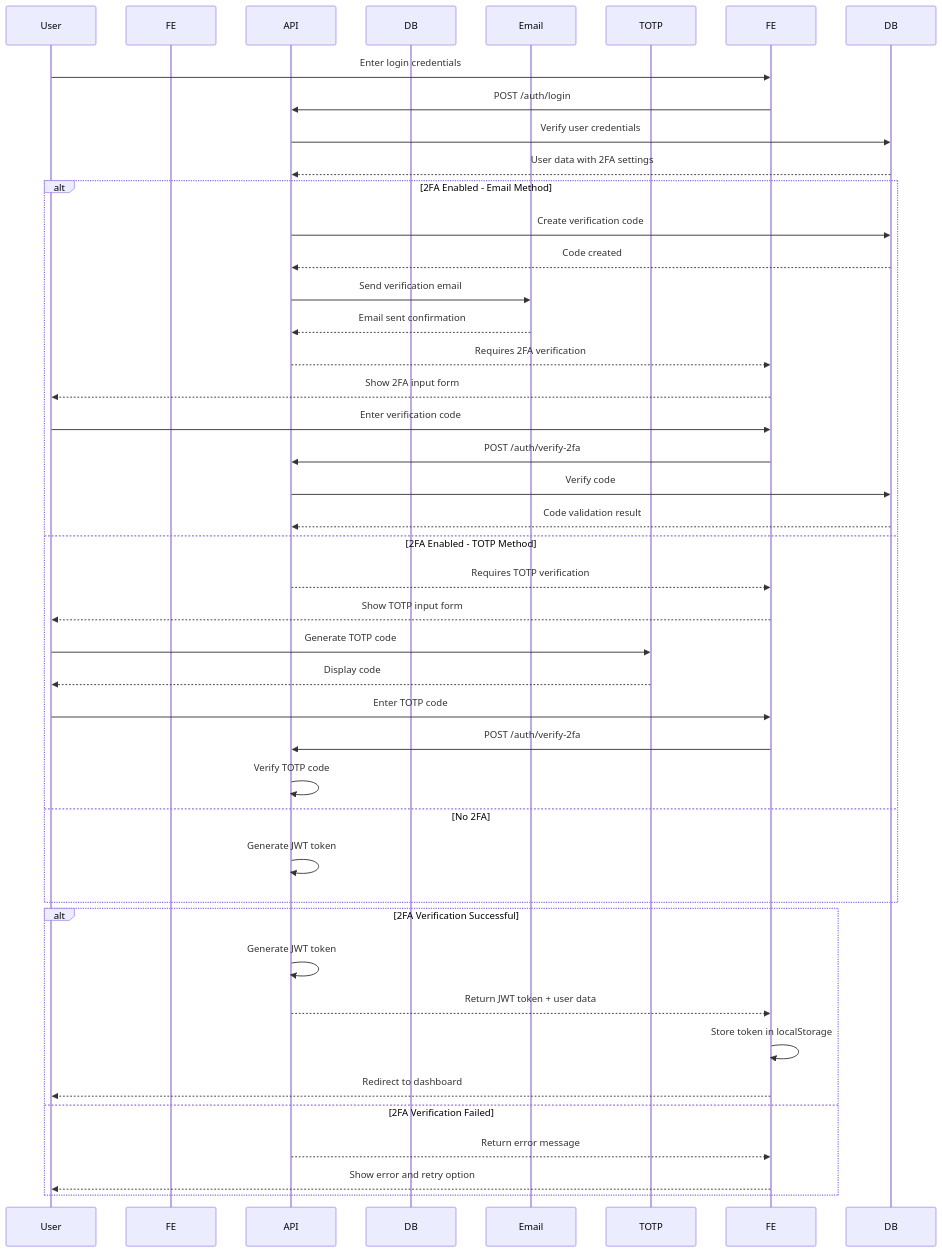
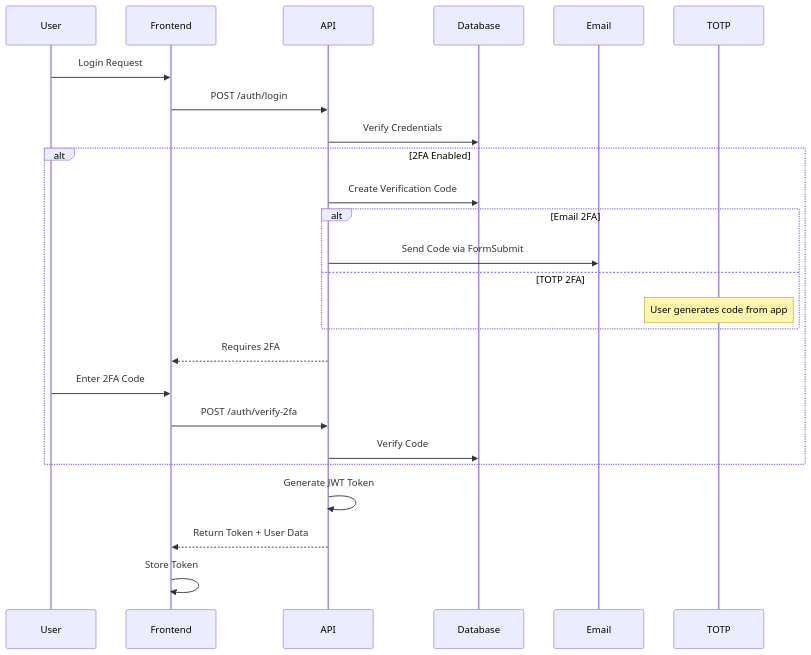
Before and after one commit to AbdouKarimuAkande/LegalNavigator: the ninth of 15 diagrams in architecture.md, drawn with Mermaid. The commit also changed other lines of this file and 18 other files, not shown here.

````diff
--- a/architecture.md
+++ b/architecture.md
@@ -1133,47 +472,30 @@
 ```mermaid
 sequenceDiagram
     participant User
-    participant Frontend as FE
-    participant API as API
-    participant Database as DB
-    participant Email as Email
-    participant TOTP as TOTP
-
-    User->>FE: Enter login credentials
-    FE->>API: POST /auth/login
-    API->>DB: Verify user credentials
-    DB-->>API: User data with 2FA settings
-
-    alt 2FA Enabled - Email Method
-        API->>DB: Create verification code
-        DB-->>API: Code created
-        API->>Email: Send verification email
-        Email-->>API: Email sent confirmation
-        API-->>FE: Requires 2FA verification
-        FE-->>User: Show 2FA input form
-        User->>FE: Enter verification code
-        FE->>API: POST /auth/verify-2fa
-        API->>DB: Verify code
-        DB-->>API: Code validation result
-    else 2FA Enabled - TOTP Method
-        API-->>FE: Requires TOTP verification
-        FE-->>User: Show TOTP input form
-        User->>TOTP: Generate TOTP code
-        TOTP-->>User: Display code
-        User->>FE: Enter TOTP code
-        FE->>API: POST /auth/verify-2fa
-        API->>API: Verify TOTP code
-    else No 2FA
-        API->>API: Generate JWT token
+    participant Frontend
+    participant API
+    participant Database
+    participant Email
+    participant TOTP
+    
+    User->>Frontend: Login Request
+    Frontend->>API: POST /auth/login
+    API->>Database: Verify Credentials
+    
+    alt 2FA Enabled
+        API->>Database: Create Verification Code
+        alt Email 2FA
+            API->>Email: Send Code via FormSubmit
+        else TOTP 2FA
+            Note over TOTP: User generates code from app
+        end
+        API-->>Frontend: Requires 2FA
+        User->>Frontend: Enter 2FA Code
+        Frontend->>API: POST /auth/verify-2fa
+        API->>Database: Verify Code
     end
-
-    alt 2FA Verification Successful
-        API->>API: Generate JWT token
-        API-->>FE: Return JWT token + user data
-        FE->>FE: Store token in localStorage
-        FE-->>User: Redirect to dashboard
-    else 2FA Verification Failed
-        API-->>FE: Return error message
-        FE-->>User: Show error and retry option
-    end
+    
+    API->>API: Generate JWT Token
+    API-->>Frontend: Return Token + User Data
+    Frontend->>Frontend: Store Token
 ```
````
